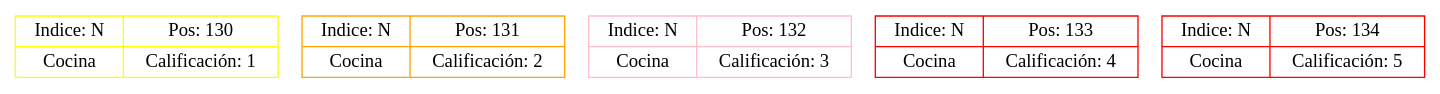
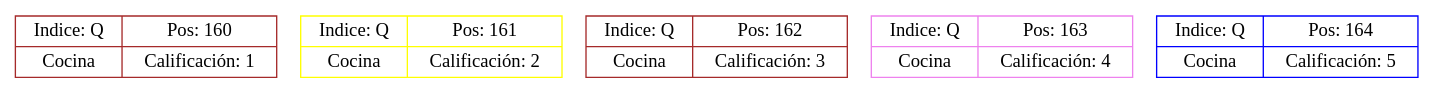
Before and after one commit to Daniel-Chicas/EDD_VirtualMall_201807079: the diagram in cliente/src/VectorTiendas/Vector.dot, drawn with Graphviz. The commit also changed 84 other files, not shown here.

```diff
--- a/cliente/src/VectorTiendas/Vector.dot
+++ b/cliente/src/VectorTiendas/Vector.dot
@@ -1,8 +1,8 @@
-digraph Daniel26{
+digraph Daniel32{
 node[shape=record];
-node130[color=yellow, fillcolor=brown, label="{Indice: N|Cocina}|{Pos: 130|Calificación: 1}"];
-node131[color=orange, fillcolor=yellow, label="{Indice: N|Cocina}|{Pos: 131|Calificación: 2}"];
-node132[color=pink, fillcolor=yellow, label="{Indice: N|Cocina}|{Pos: 132|Calificación: 3}"];
-node133[color=red, fillcolor=blue, label="{Indice: N|Cocina}|{Pos: 133|Calificación: 4}"];
-node134[color=red, fillcolor=blue, label="{Indice: N|Cocina}|{Pos: 134|Calificación: 5}"];
+node160[color=brown, fillcolor=red, label="{Indice: Q|Cocina}|{Pos: 160|Calificación: 1}"];
+node161[color=yellow, fillcolor=green, label="{Indice: Q|Cocina}|{Pos: 161|Calificación: 2}"];
+node162[color=brown, fillcolor=green, label="{Indice: Q|Cocina}|{Pos: 162|Calificación: 3}"];
+node163[color=violet, fillcolor=yellow, label="{Indice: Q|Cocina}|{Pos: 163|Calificación: 4}"];
+node164[color=blue, fillcolor=red, label="{Indice: Q|Cocina}|{Pos: 164|Calificación: 5}"];
 }
```
